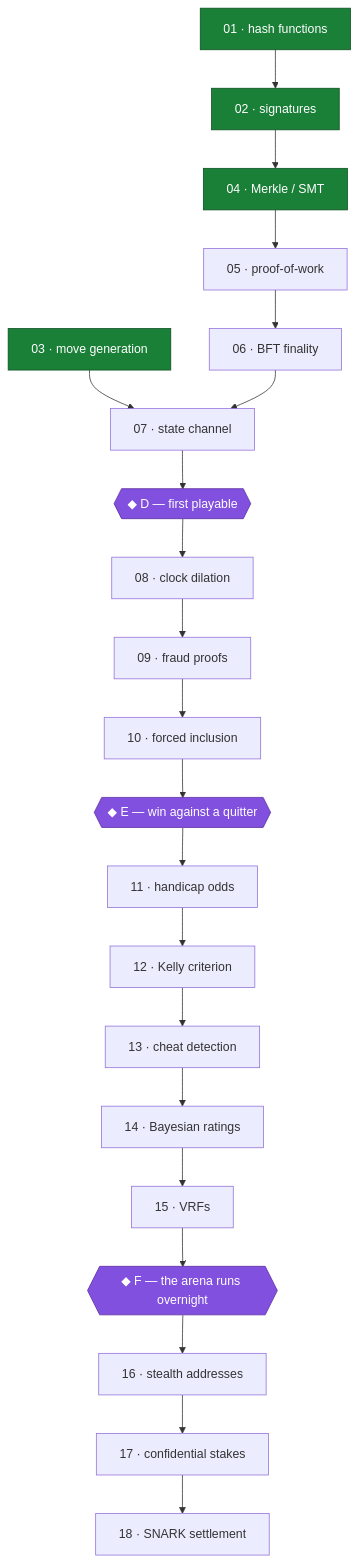
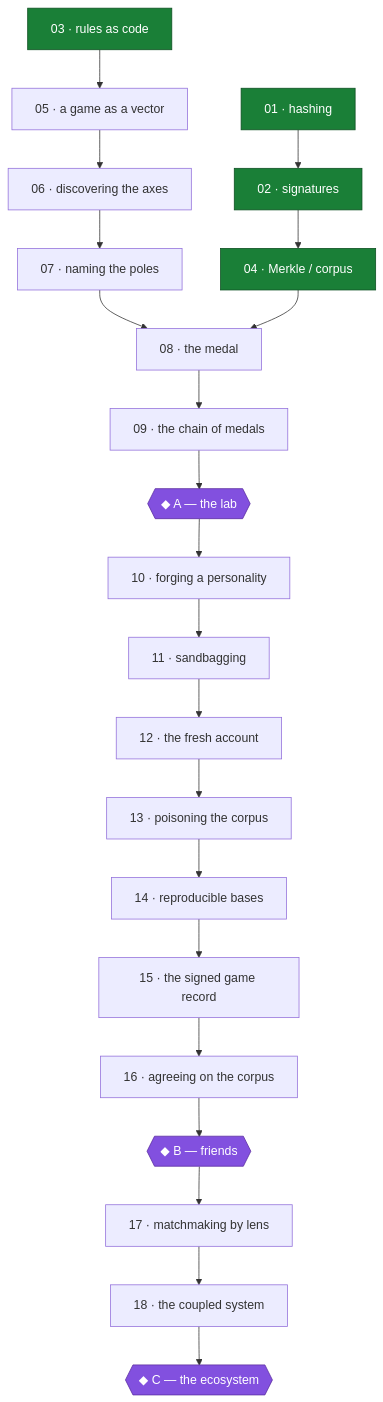
One commit to embt23/BlockChess changed the first of 2 diagrams in METAPLAN.md. Above: the diagram before and after it, drawn with Mermaid. The commit also changed other lines of this file and 23 other files, not shown here.

````diff
--- a/METAPLAN.md
+++ b/METAPLAN.md
@@ -126,28 +260,28 @@
 ```mermaid
 flowchart TD
-    E01["01 · hash functions"] --> E02["02 · signatures"]
-    E02 --> E04["04 · Merkle / SMT"]
-    E04 --> E05["05 · proof-of-work"]
-    E05 --> E06["06 · BFT finality"]
-    E03["03 · move generation"] --> E07
-    E06 --> E07["07 · state channel"]
-    E07 --> MD{{"◆ D — first playable"}}
-    MD --> E08["08 · clock dilation"]
-    E08 --> E09["09 · fraud proofs"]
-    E09 --> E10["10 · forced inclusion"]
-    E10 --> ME{{"◆ E — win against a quitter"}}
-    ME --> E11["11 · handicap odds"]
-    E11 --> E12["12 · Kelly criterion"]
-    E12 --> E13["13 · cheat detection"]
-    E13 --> E14["14 · Bayesian ratings"]
-    E14 --> E15["15 · VRFs"]
-    E15 --> MF{{"◆ F — the arena runs overnight"}}
-    MF --> E16["16 · stealth addresses"]
-    E16 --> E17["17 · confidential stakes"]
-    E17 --> E18["18 · SNARK settlement"]
+    E01["01 · hashing"] --> E02["02 · signatures"]
+    E02 --> E04["04 · Merkle / corpus"]
+    E03["03 · rules as code"] --> E05["05 · a game as a vector"]
+    E05 --> E06["06 · discovering the axes"]
+    E06 --> E07["07 · naming the poles"]
+    E07 --> E08["08 · the medal"]
+    E04 --> E08
+    E08 --> E09["09 · the chain of medals"]
+    E09 --> MA{{"◆ A — the lab"}}
+    MA --> E10["10 · forging a personality"]
+    E10 --> E11["11 · sandbagging"]
+    E11 --> E12["12 · the fresh account"]
+    E12 --> E13["13 · poisoning the corpus"]
+    E13 --> E14["14 · reproducible bases"]
+    E14 --> E15["15 · the signed game record"]
+    E15 --> E16["16 · agreeing on the corpus"]
+    E16 --> MB{{"◆ B — friends"}}
+    MB --> E17["17 · matchmaking by lens"]
+    E17 --> E18["18 · the coupled system"]
+    E18 --> MC{{"◆ C — the ecosystem"}}
 
     classDef done fill:#1a7f37,stroke:#0d4f21,color:#fff
     classDef milestone fill:#8250df,stroke:#5a2ca0,color:#fff
     class E01,E02,E03,E04 done
-    class MD,ME,MF milestone
+    class MA,MB,MC milestone
 ```
````
